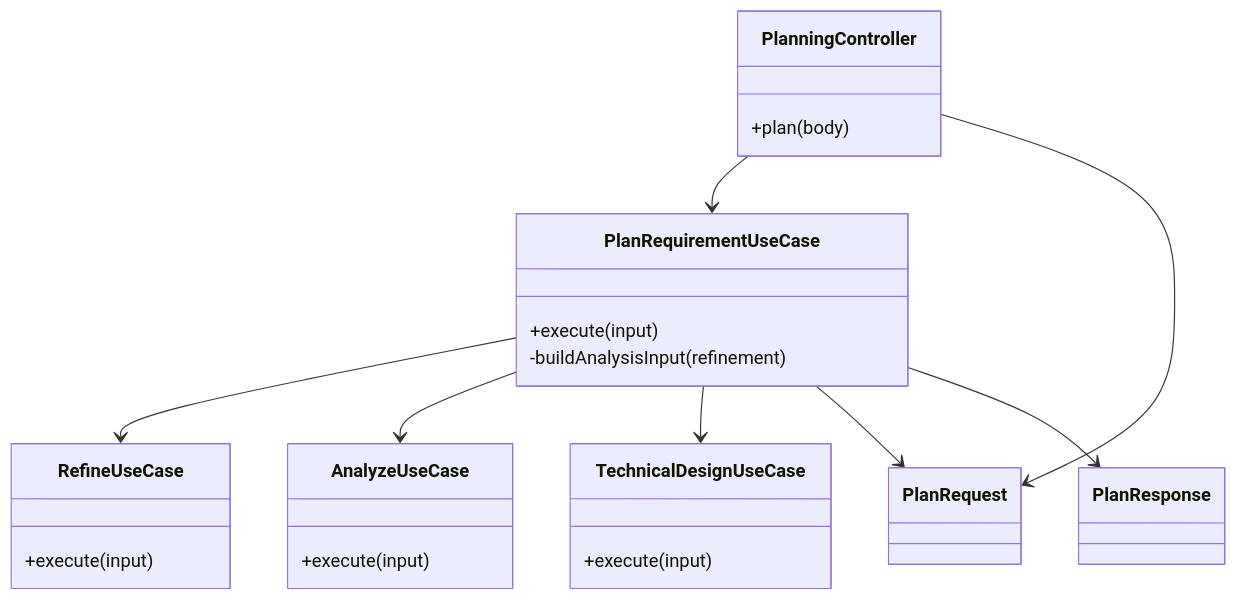
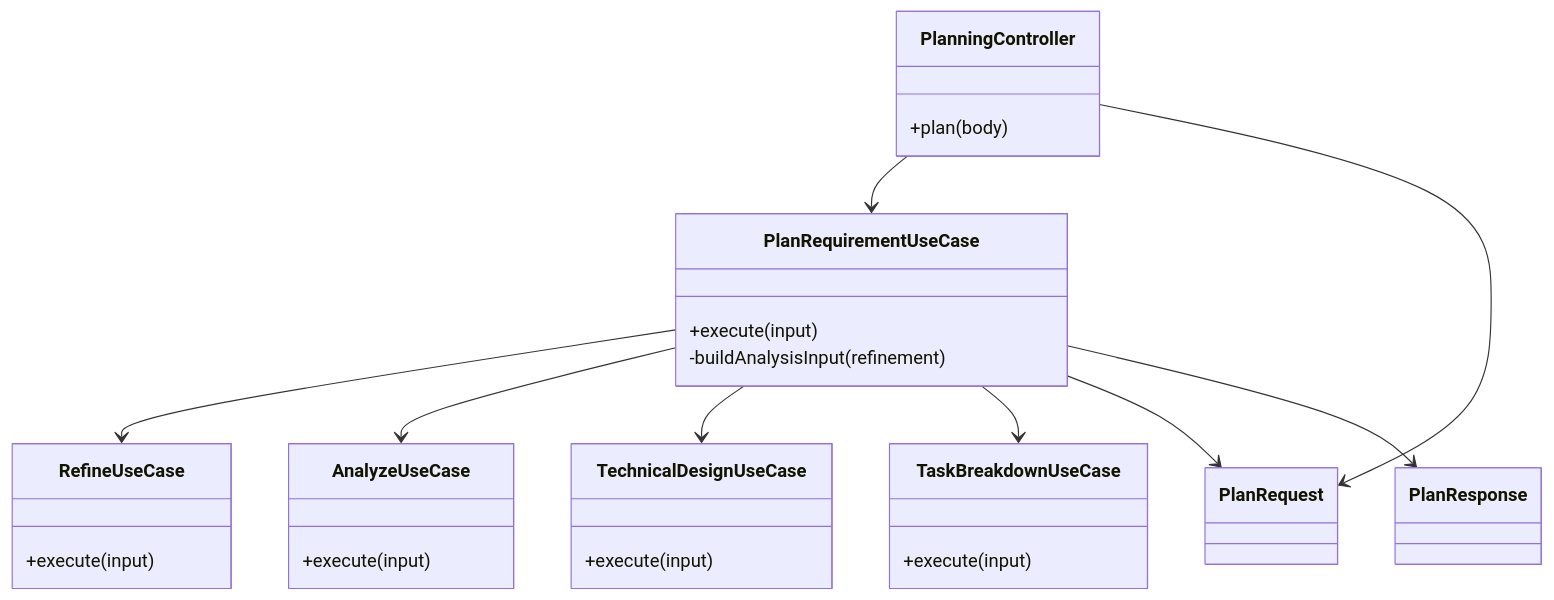
One commit to gustavoarielms/ai-orchestrator changed the diagram in docs/diagrams/planning-class-diagram.md. Above: the diagram before and after it, drawn with Mermaid. The commit also changed 7 other files, not shown here.

````diff
--- a/docs/diagrams/planning-class-diagram.md
+++ b/docs/diagrams/planning-class-diagram.md
@@ -5,35 +5,40 @@
 ```mermaid
 classDiagram
     class PlanningController {
       +plan(body)
     }
 
     class PlanRequirementUseCase {
       +execute(input)
       -buildAnalysisInput(refinement)
     }
 
     class RefineUseCase {
       +execute(input)
     }
 
     class AnalyzeUseCase {
       +execute(input)
     }
 
     class TechnicalDesignUseCase {
       +execute(input)
     }
 
+    class TaskBreakdownUseCase {
+      +execute(input)
+    }
+
     class PlanRequest
     class PlanResponse
 
     PlanningController --> PlanRequirementUseCase
     PlanRequirementUseCase --> RefineUseCase
     PlanRequirementUseCase --> AnalyzeUseCase
     PlanRequirementUseCase --> TechnicalDesignUseCase
+    PlanRequirementUseCase --> TaskBreakdownUseCase
 
     PlanningController --> PlanRequest
     PlanRequirementUseCase --> PlanRequest
     PlanRequirementUseCase --> PlanResponse
 ```
````
